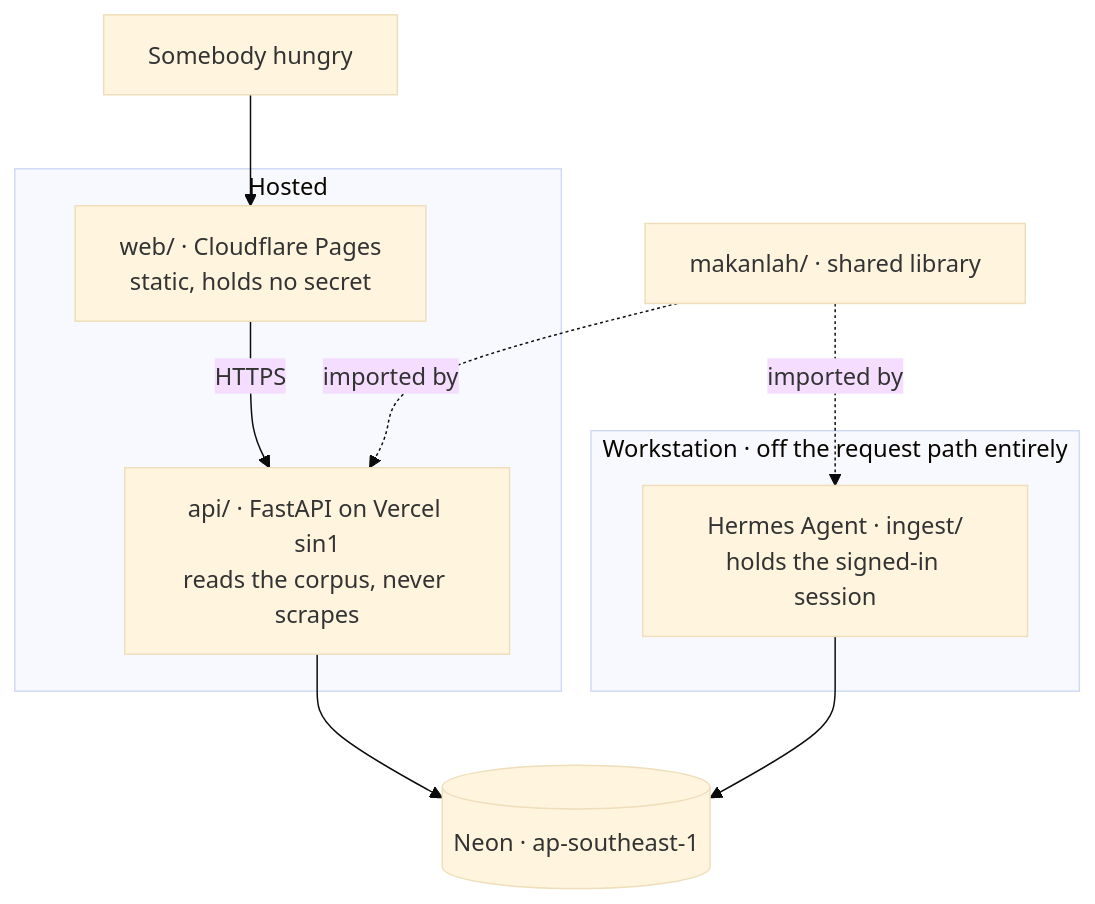
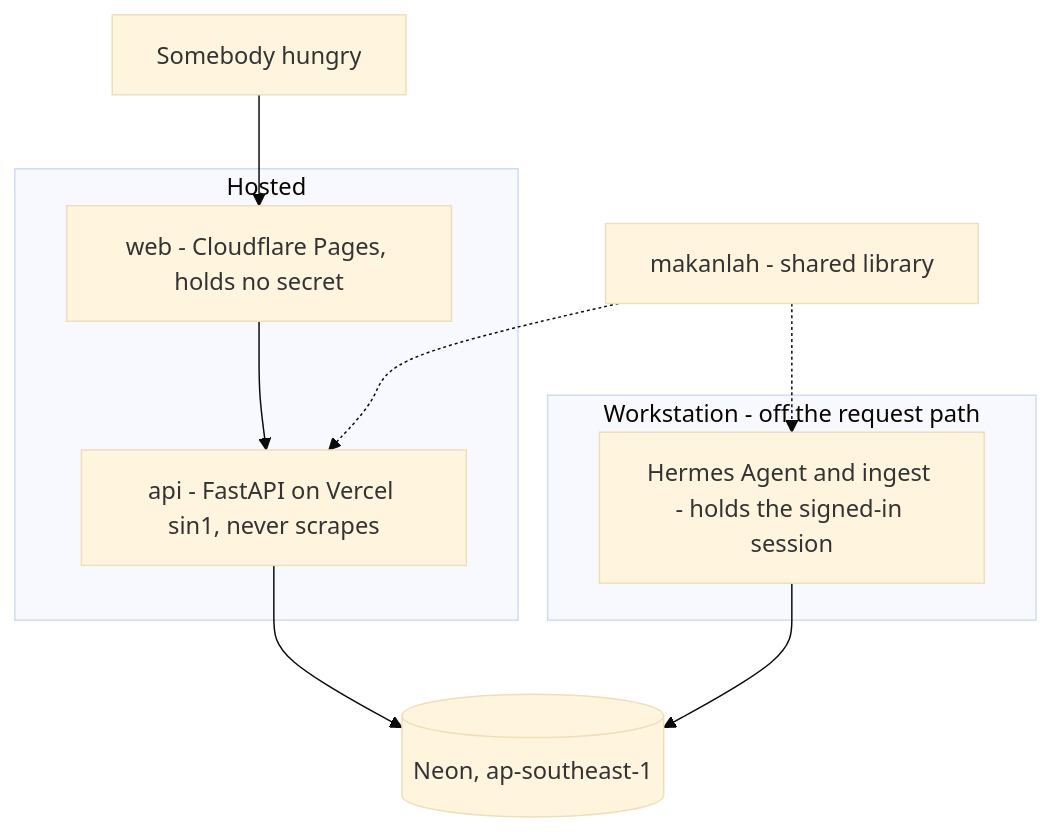
The second of 3 diagrams in docs/README.md (TolongLabs/MakanLah), drawn with Mermaid (base theme) before and after one commit. The commit also changed other lines of this file and 17 other files, not shown here.

First line of the commit message:
docs(readme): a comic for the problem, phones in a grid, and diagrams github can render (#204)

````diff
--- a/docs/README.md
+++ b/docs/README.md
@@ -234,16 +188,16 @@
 ```mermaid
 flowchart TB
-  U["Somebody hungry"] --> W
-  subgraph HOSTED["Hosted"]
-    W["web/ · Cloudflare Pages<br/>static, holds no secret"]
-    A["api/ · FastAPI on Vercel sin1<br/>reads the corpus, never scrapes"]
-    W -->|HTTPS| A
+  U[Somebody hungry] --> W
+  subgraph HOSTED[Hosted]
+    W[web - Cloudflare Pages, holds no secret]
+    A[api - FastAPI on Vercel sin1, never scrapes]
   end
-  A --> N[("Neon · ap-southeast-1")]
-  subgraph LOCAL["Workstation · off the request path entirely"]
-    I["Hermes Agent · ingest/<br/>holds the signed-in session"]
+  W --> A
+  A --> N[(Neon, ap-southeast-1)]
+  subgraph LOCAL[Workstation - off the request path]
+    I[Hermes Agent and ingest - holds the signed-in session]
   end
   I --> N
-  L["makanlah/ · shared library"] -.->|imported by| A
-  L -.->|imported by| I
+  L[makanlah - shared library] -.-> A
+  L -.-> I
 ```
````
